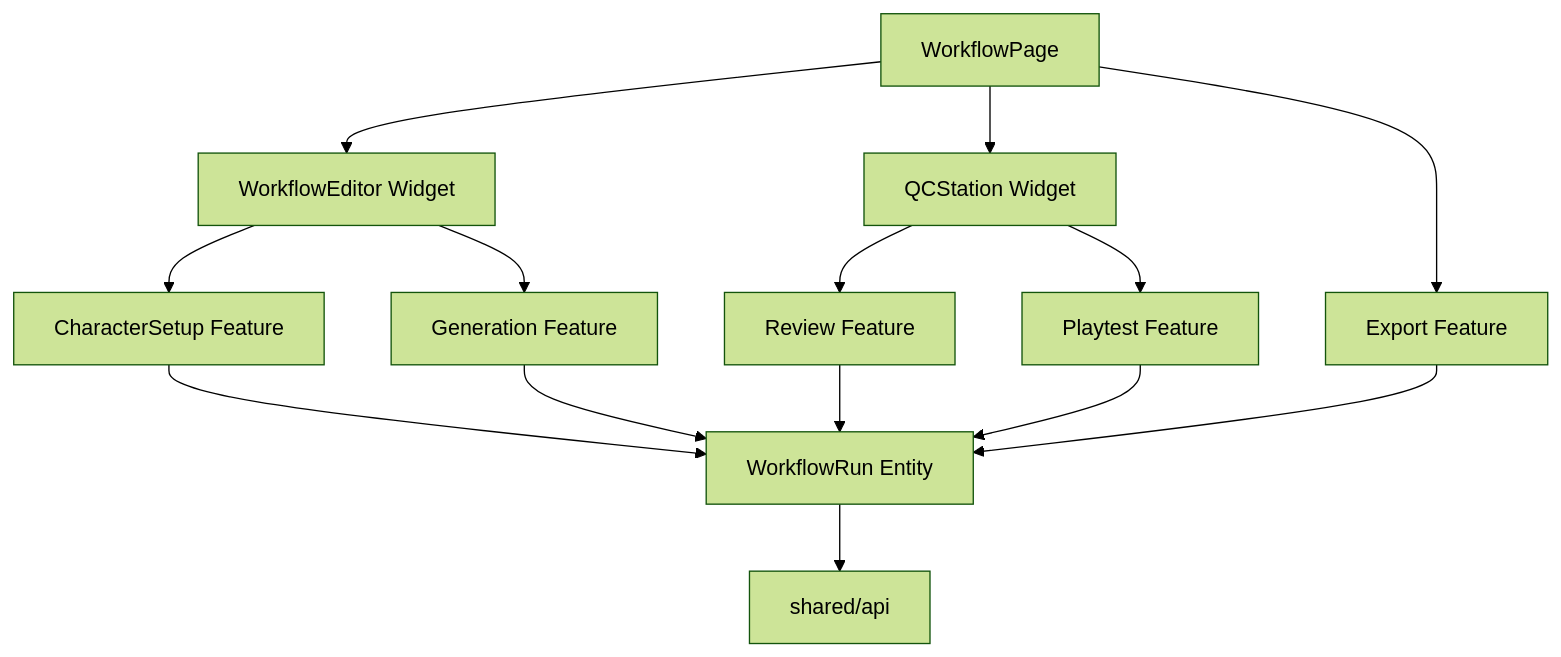
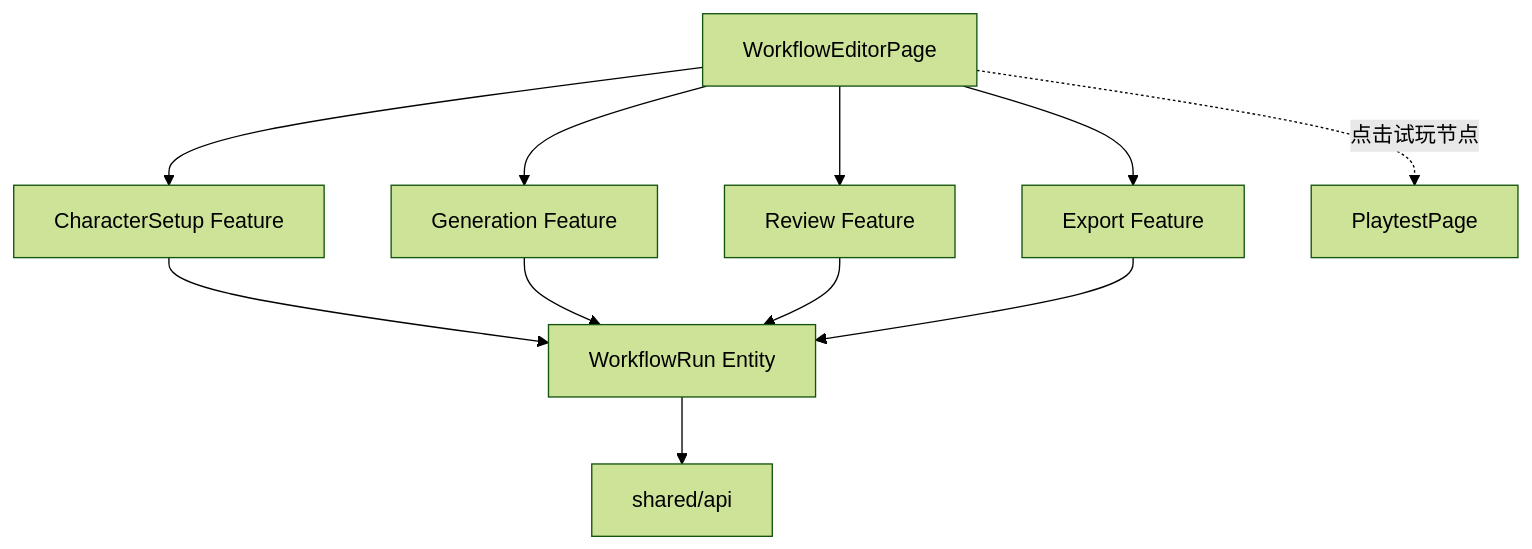
One commit to 1024XEngineer/Windup changed the ninth of 10 diagrams in docs/frontend-architecture.md. Above: the diagram before and after it, drawn with Mermaid (forest theme). The commit also changed other lines of this file, not shown here.

First line of the commit message:
docs(frontend-architecture): promote quick-start/workflow-editor to pages

````diff
--- a/docs/frontend-architecture.md
+++ b/docs/frontend-architecture.md
@@ -182,16 +201,13 @@
 ```mermaid
 flowchart TB
-    page["WorkflowPage"] --> editor["WorkflowEditor Widget"]
-    page --> qc["QCStation Widget"]
+    page["WorkflowEditorPage"] --> characterSetup["CharacterSetup Feature"]
+    page --> generation["Generation Feature"]
+    page --> review["Review Feature"]
     page --> export["Export Feature"]
-    editor --> characterSetup["CharacterSetup Feature"]
-    editor --> generation["Generation Feature"]
-    qc --> review["Review Feature"]
-    qc --> playtest["Playtest Feature"]
+    page -. 点击试玩节点 .-> playtestPage["PlaytestPage"]
     characterSetup --> run["WorkflowRun Entity"]
     generation --> run
     review --> run
-    playtest --> run
     export --> run
     run --> api["shared/api"]
 ```
````
